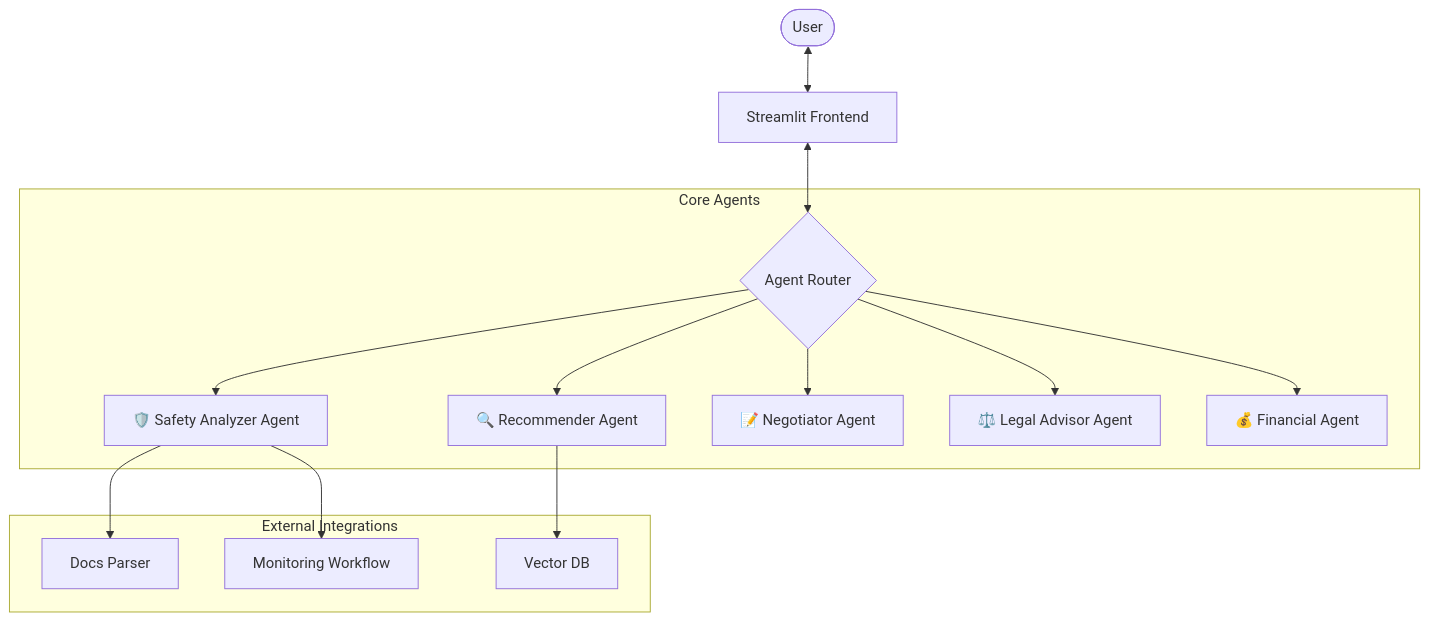
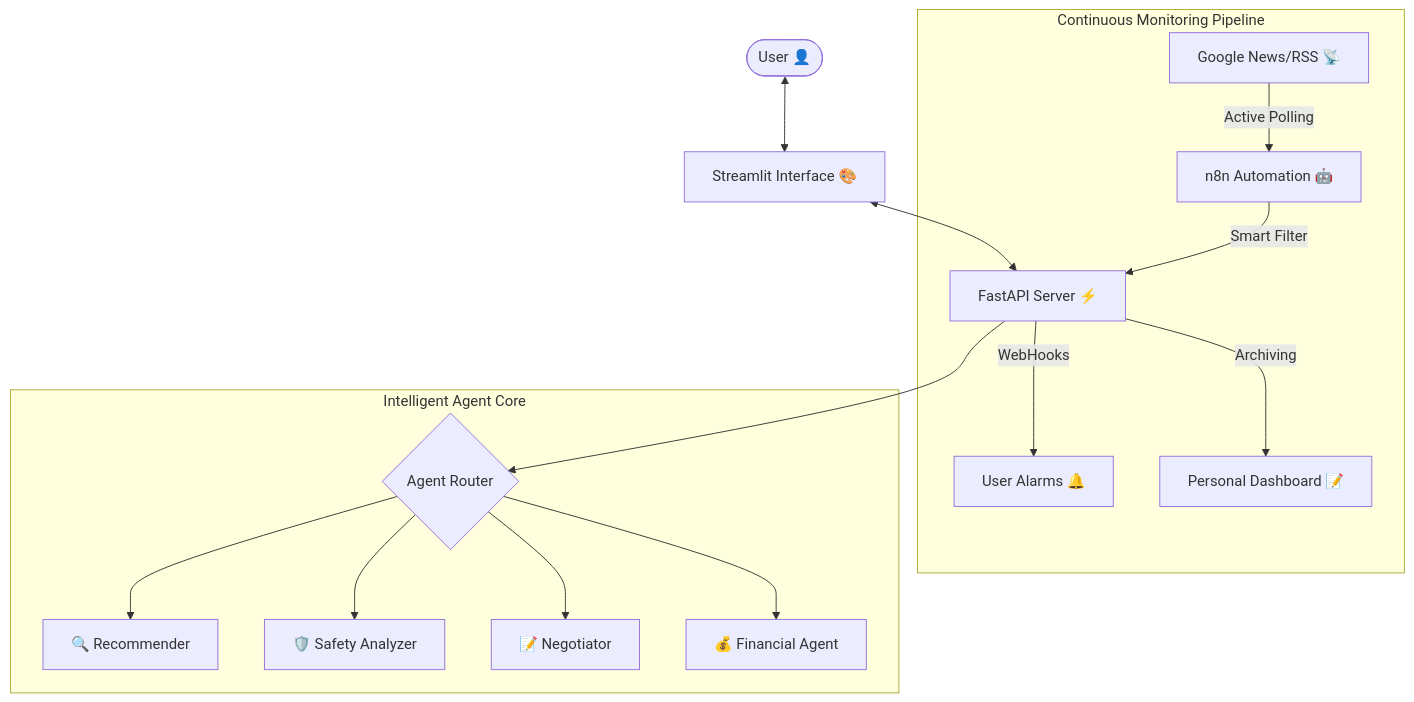
The diagram in README.md (soccz/young-and-home), drawn with Mermaid before and after one commit. The commit also changed other lines of this file, not shown here.

````diff
--- a/README.md
+++ b/README.md
@@ -20,19 +24,20 @@
 ```mermaid
 graph TD
-    User([User]) <--> UI[Streamlit Frontend]
-    UI <--> Router{Agent Router}
+    User([User 👤]) <--> UI[Streamlit Interface 🎨]
+    UI <--> Backend[FastAPI Server ⚡]
     
-    subgraph "Core Agents"
-    Router --> Search[🔍 Recommender Agent]
-    Router --> Safety[🛡️ Safety Analyzer Agent]
-    Router --> Neg[📝 Negotiator Agent]
-    Router --> Legal[⚖️ Legal Advisor Agent]
+    subgraph "Continuous Monitoring Pipeline"
+    RSS[Google News/RSS 📡] -->|Active Polling| n8n[n8n Automation 🤖]
+    n8n -->|Smart Filter| Backend
+    Backend -->|WebHooks| Slack[User Alarms 🔔]
+    Backend -->|Archiving| Notion[Personal Dashboard 📝]
+    end
+    
+    subgraph "Intelligent Agent Core"
+    Backend --> Router{Agent Router}
+    Router --> Search[🔍 Recommender]
+    Router --> Safety[🛡️ Safety Analyzer]
+    Router --> Neg[📝 Negotiator]
     Router --> Fin[💰 Financial Agent]
     end
-    
-    subgraph "External Integrations"
-    Safety --> OCR[Docs Parser]
-    Safety --> n8n[Monitoring Workflow]
-    Search --> RAG[Vector DB]
-    end
 ```
````
